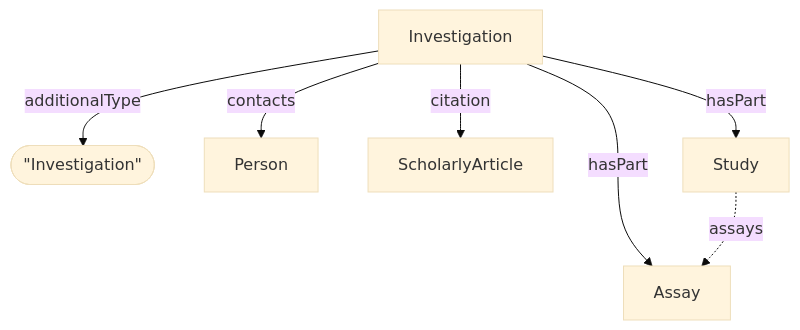
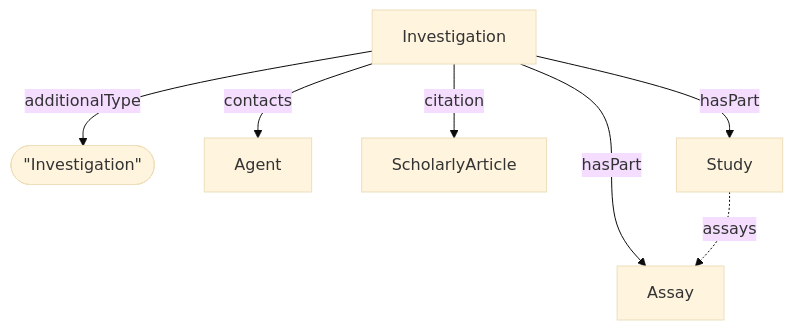
Before and after one commit to HLWeil/ProcessCore: the diagram in docs/spec/decorations/isa/Investigation.md, drawn with Mermaid (base theme). The commit also changed other lines of this file and 60 other files, not shown here.

````diff
--- a/docs/spec/decorations/isa/Investigation.md
+++ b/docs/spec/decorations/isa/Investigation.md
@@ -29,12 +29,12 @@
 ```mermaid
 flowchart TD
 
     at@{ shape: stadium, label: "\"Investigation\"" }
 
-    Investigation --contacts--> Person
+    Investigation --contacts--> Agent
     Investigation --citation--> ScholarlyArticle
     Investigation --hasPart--> Assay
     Investigation --hasPart--> Study
     Study -.assays.-> Assay
     Investigation --additionalType--> at
 ```
````
